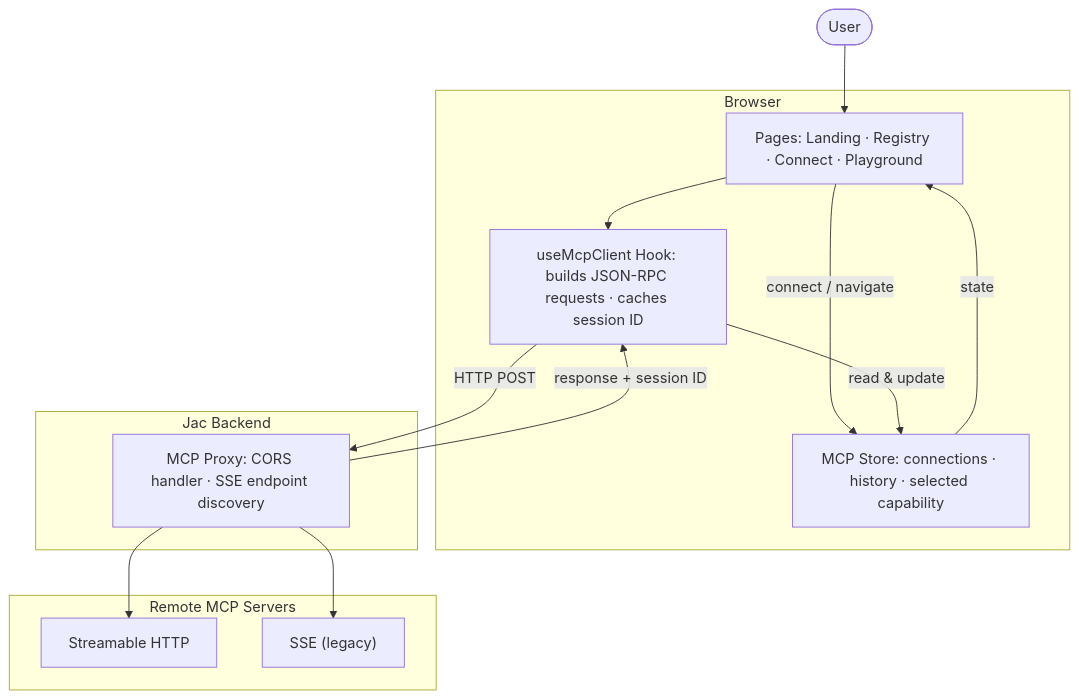
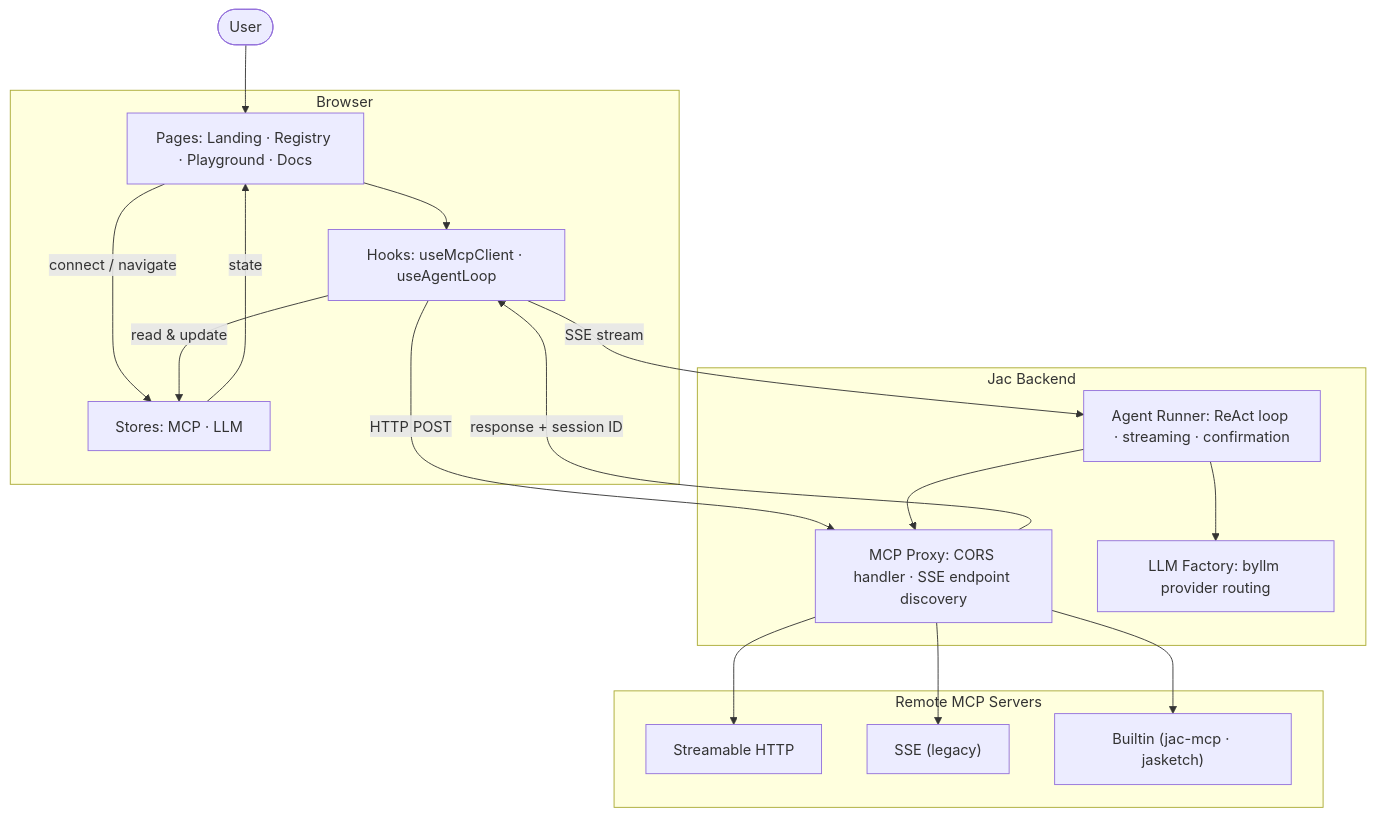
Before and after one commit to SahanUday/ProtoMCP: the diagram in README.md, drawn with Mermaid. The commit also changed other lines of this file and 2 other files, not shown here.

Commit message:
Enhance MCP server launcher with health check for jasketch server and update README for improved clarity

````diff
--- a/README.md
+++ b/README.md
@@ -131,29 +108,36 @@
 ```mermaid
 graph TB
     User(["User"])
 
     subgraph Browser["Browser"]
-        Pages["Pages: Landing · Registry · Connect · Playground"]
-        Store["MCP Store: connections · history · selected capability"]
-        Hook["useMcpClient Hook: builds JSON-RPC requests · caches session ID"]
+        Pages["Pages: Landing · Registry · Playground · Docs"]
+        Store["Stores: MCP · LLM"]
+        Hook["Hooks: useMcpClient · useAgentLoop"]
     end
 
     subgraph Backend["Jac Backend"]
         Proxy["MCP Proxy: CORS handler · SSE endpoint discovery"]
+        Agent["Agent Runner: ReAct loop · streaming · confirmation"]
+        LLM["LLM Factory: byllm provider routing"]
     end
 
     subgraph MCP["Remote MCP Servers"]
         HTTP["Streamable HTTP"]
         SSE["SSE (legacy)"]
+        Builtin["Builtin (jac-mcp · jasketch)"]
     end
 
     User --> Pages
     Pages -->|"connect / navigate"| Store
     Store -->|"state"| Pages
     Pages --> Hook
     Hook -->|"read & update"| Store
     Hook -->|"HTTP POST"| Proxy
+    Hook -->|"SSE stream"| Agent
+    Agent --> LLM
+    Agent --> Proxy
     Proxy --> HTTP
     Proxy --> SSE
+    Proxy --> Builtin
     Proxy -->|"response + session ID"| Hook
 ```
````
